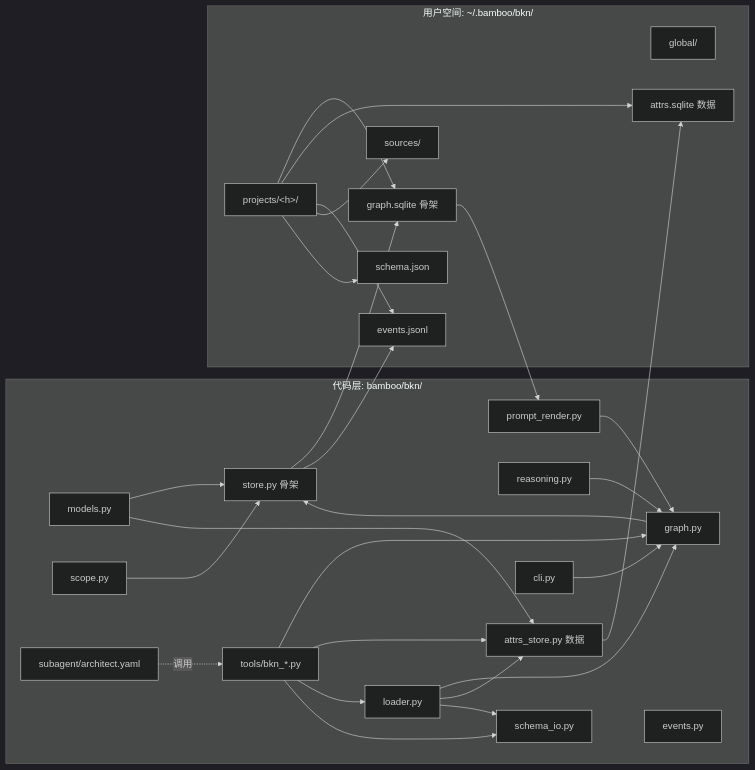
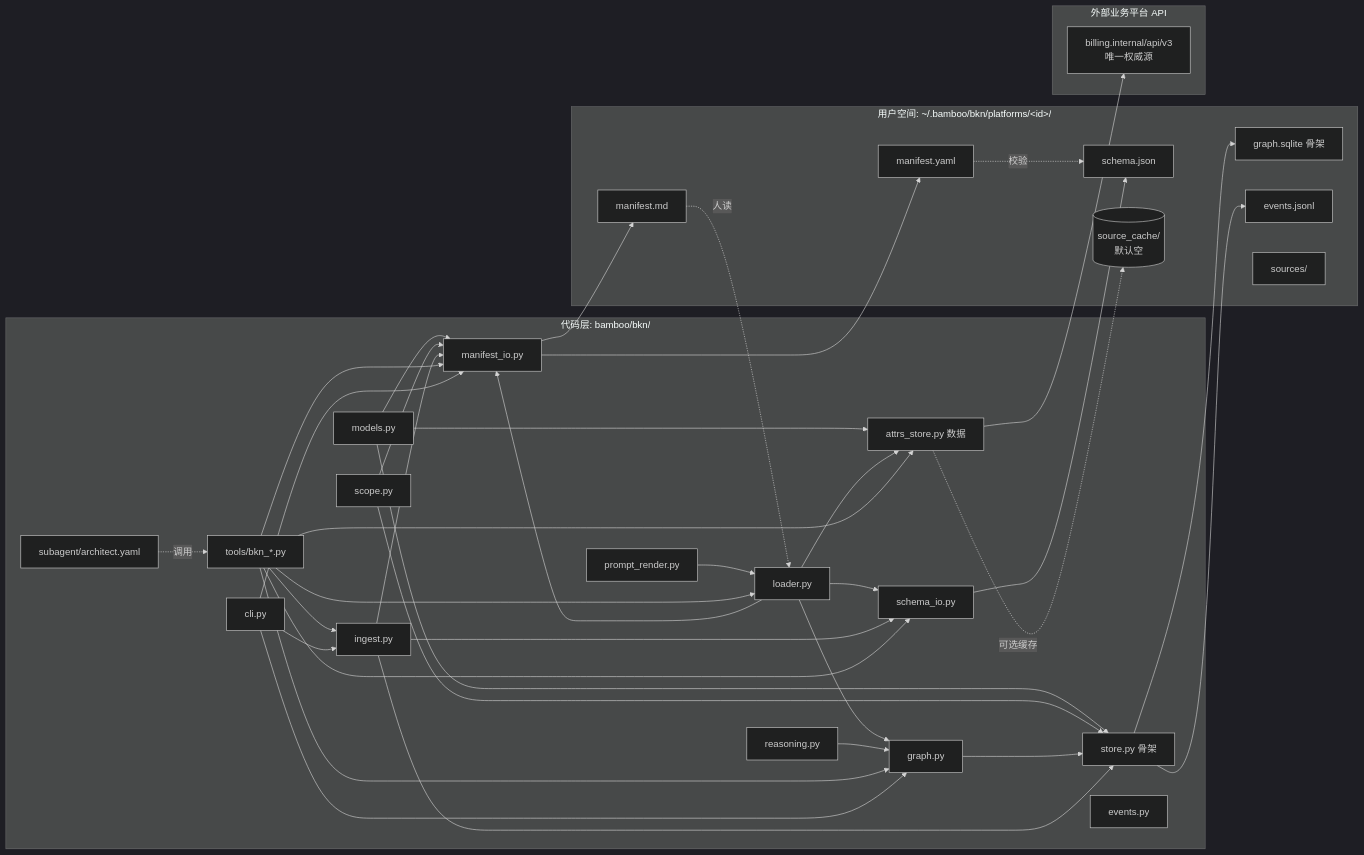
The fifth of 12 diagrams in docs/bkn-graph-design.md (LB-Young/Bamboo), drawn with Mermaid (dark theme) before and after one commit. The commit also changed other lines of this file and 24 other files, not shown here.

````diff
--- a/docs/bkn-graph-design.md
+++ b/docs/bkn-graph-design.md
@@ -413,53 +562,69 @@
 ```mermaid
 flowchart LR
     subgraph sourceCode["代码层: bamboo/bkn/"]
         m[models.py]
         sc[scope.py]
         st[store.py 骨架]
         as[attrs_store.py 数据]
         g[graph.py]
         ld[loader.py]
         r[reasoning.py]
+        ing[ingest.py]
+        mif[manifest_io.py]
         pr[prompt_render.py]
         ev[events.py]
         sio[schema_io.py]
         sa[subagent/architect.yaml]
         t[tools/bkn_*.py]
         cli[cli.py]
     end
 
-    subgraph userspace["用户空间: ~/.bamboo/bkn/"]
-        g0[global/]
-        p[projects/&lt;h&gt;/]
+    subgraph userspace["用户空间: ~/.bamboo/bkn/platforms/&lt;id&gt;/"]
         gs[graph.sqlite 骨架]
-        attrs[attrs.sqlite 数据]
         ej[events.jsonl]
+        sf[schema.json]
+        my[manifest.yaml]
+        md2[manifest.md]
         so[sources/]
-        sch[schema.json]
+        sc2[(source_cache/<br/>默认空)]
+    end
+
+    subgraph external["外部业务平台 API"]
+        API[billing.internal/api/v3<br/>唯一权威源]
     end
 
     m --> st
     m --> as
+    m --> mif
     sc --> st
+    sc --> mif
     st --> gs
     st --> ej
-    as --> attrs
+    as --> API
+    as -.可选缓存.-> sc2
+    mif --> my
+    mif --> md2
     g --> st
     ld --> g
     ld --> as
     ld --> sio
+    ld --> mif
+    ing --> mif
+    ing --> sio
+    ing --> st
     r --> g
-    pr --> g
+    pr --> ld
+    sio --> sf
     t --> g
     t --> as
     t --> ld
+    t --> ing
+    t --> mif
     t --> sio
     sa -.调用.-> t
+    cli --> ing
+    cli --> mif
     cli --> g
-    p --> gs
-    p --> attrs
-    p --> ej
-    p --> so
-    p --> sch
-    gs --> pr
+    my -.校验.-> sf
+    md2 -.人读.-> ld
 ```
````
